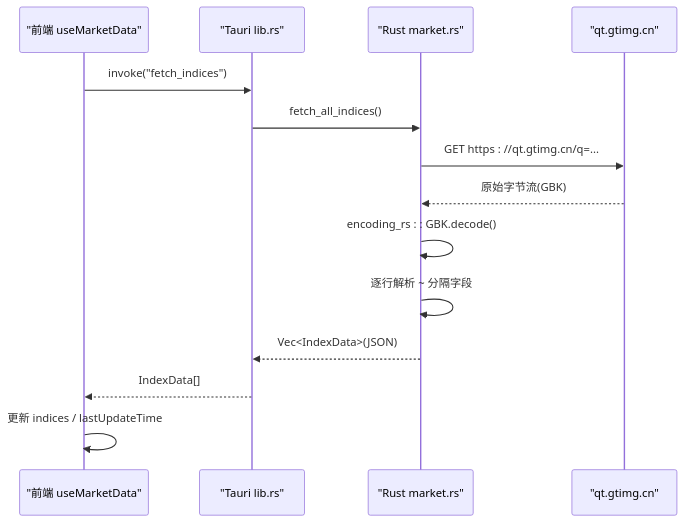
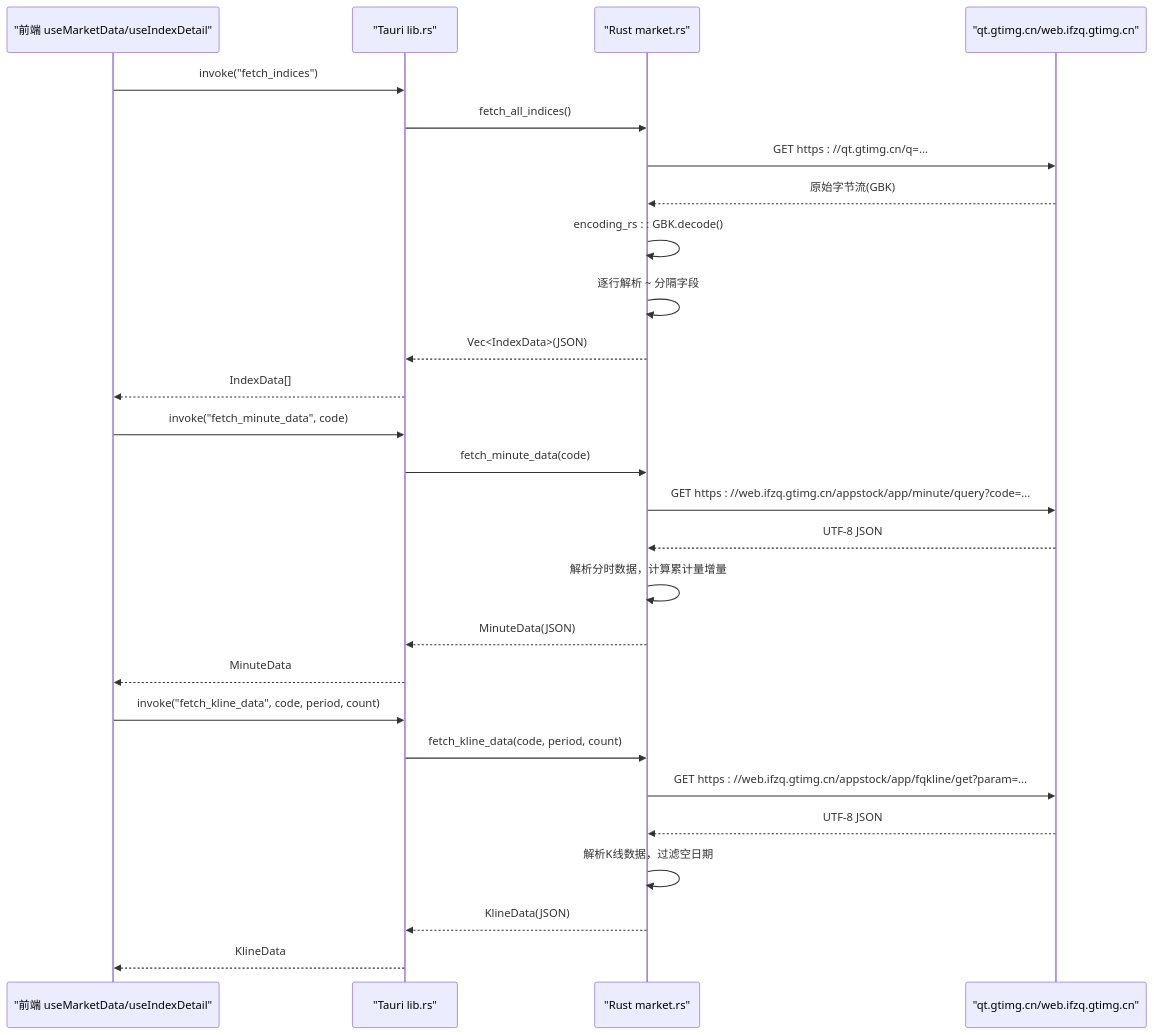
Before and after one commit to jiashaoying/hq-kanban-app: the second of 4 diagrams in .qoder/repowiki/zh/content/后端开发/市场数据模块.md, drawn with Mermaid. The commit also changed other lines of this file and 7 other files, not shown here.

````diff
--- a/.qoder/repowiki/zh/content/后端开发/市场数据模块.md
+++ b/.qoder/repowiki/zh/content/后端开发/市场数据模块.md
@@ -94,16 +112,29 @@
 ```mermaid
 sequenceDiagram
-participant FE as "前端 useMarketData"
+participant FE as "前端 useMarketData/useIndexDetail"
 participant Tauri as "Tauri lib.rs"
 participant RS as "Rust market.rs"
-participant API as "qt.gtimg.cn"
+participant API as "qt.gtimg.cn/web.ifzq.gtimg.cn"
 FE->>Tauri : invoke("fetch_indices")
 Tauri->>RS : fetch_all_indices()
 RS->>API : GET https : //qt.gtimg.cn/q=...
 API-->>RS : 原始字节流(GBK)
 RS->>RS : encoding_rs : : GBK.decode()
 RS->>RS : 逐行解析 ~ 分隔字段
 RS-->>Tauri : Vec<IndexData>(JSON)
 Tauri-->>FE : IndexData[]
-FE->>FE : 更新 indices / lastUpdateTime
+FE->>Tauri : invoke("fetch_minute_data", code)
+Tauri->>RS : fetch_minute_data(code)
+RS->>API : GET https : //web.ifzq.gtimg.cn/appstock/app/minute/query?code=...
+API-->>RS : UTF-8 JSON
+RS->>RS : 解析分时数据，计算累计量增量
+RS-->>Tauri : MinuteData(JSON)
+Tauri-->>FE : MinuteData
+FE->>Tauri : invoke("fetch_kline_data", code, period, count)
+Tauri->>RS : fetch_kline_data(code, period, count)
+RS->>API : GET https : //web.ifzq.gtimg.cn/appstock/app/fqkline/get?param=...
+API-->>RS : UTF-8 JSON
+RS->>RS : 解析K线数据，过滤空日期
+RS-->>Tauri : KlineData(JSON)
+Tauri-->>FE : KlineData
 ```
````
